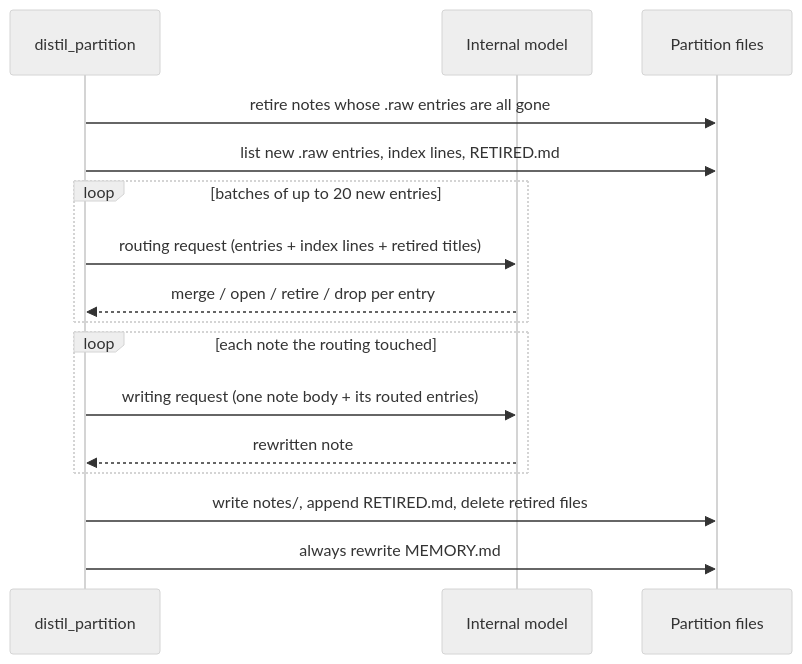
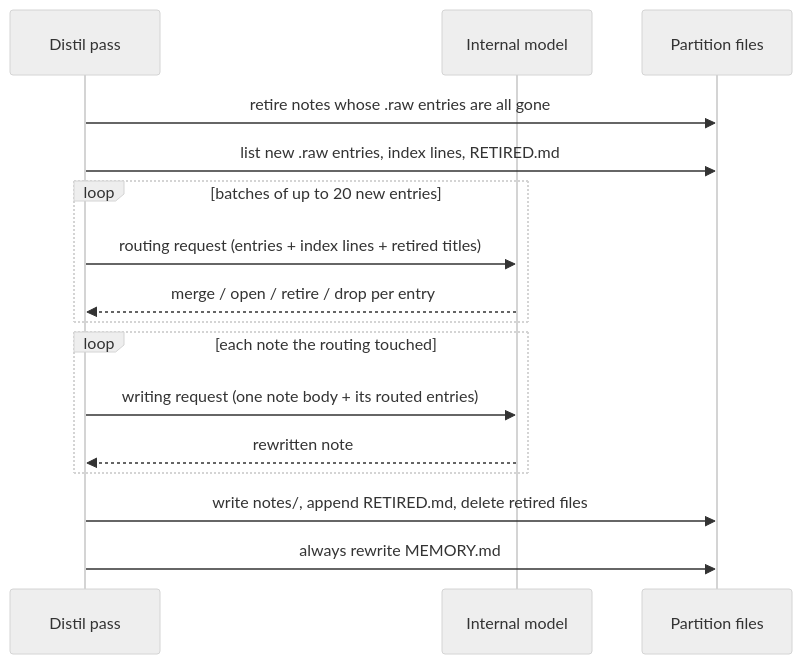
One commit to wyx-sg/Coffer changed the second of 4 diagrams in docs-site/architecture/memory.md. Above: the diagram before and after it, drawn with Mermaid (neutral theme). The commit also changed other lines of this file and 29 other files, not shown here.

First line of the commit message:
docs(site): explain the architecture in plain terms, without source detail

````diff
--- a/docs-site/architecture/memory.md
+++ b/docs-site/architecture/memory.md
@@ -162,18 +162,18 @@
 ```mermaid
 sequenceDiagram
-  participant P as distil_partition
+  participant P as Distil pass
   participant M as Internal model
   participant FS as Partition files
   P->>FS: retire notes whose .raw entries are all gone
   P->>FS: list new .raw entries, index lines, RETIRED.md
   loop batches of up to 20 new entries
     P->>M: routing request (entries + index lines + retired titles)
     M-->>P: merge / open / retire / drop per entry
   end
   loop each note the routing touched
     P->>M: writing request (one note body + its routed entries)
     M-->>P: rewritten note
   end
   P->>FS: write notes/, append RETIRED.md, delete retired files
   P->>FS: always rewrite MEMORY.md
 ```
````
